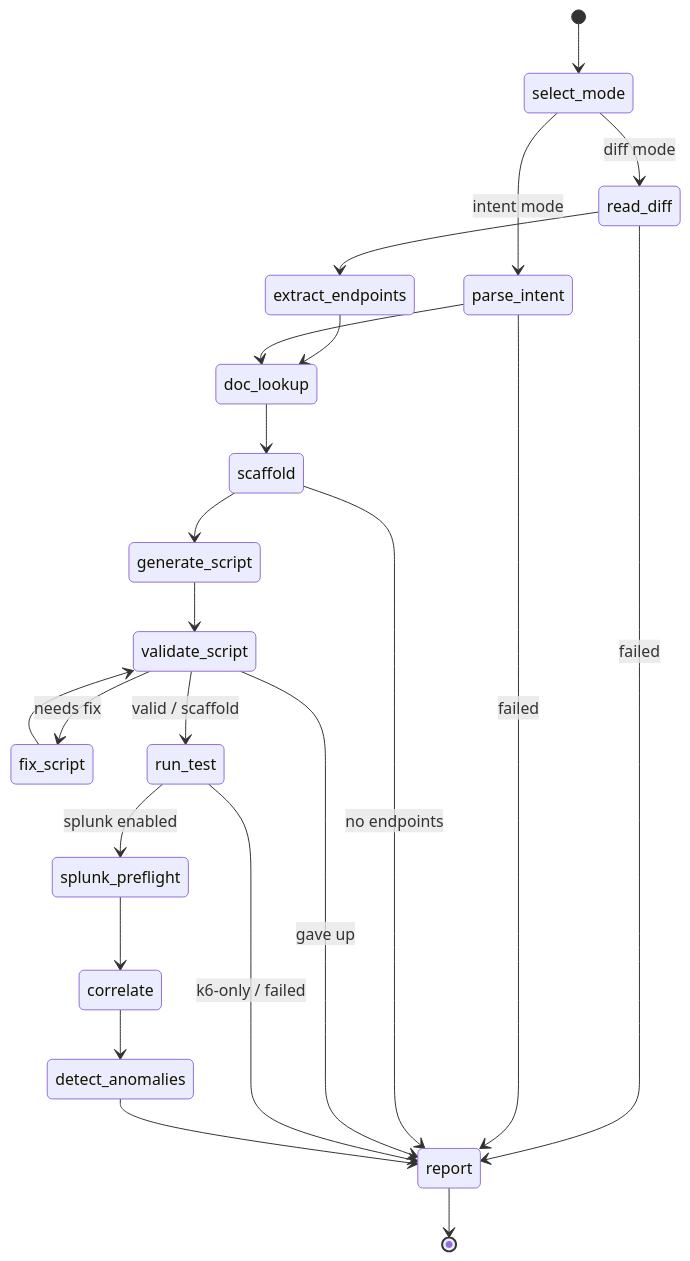
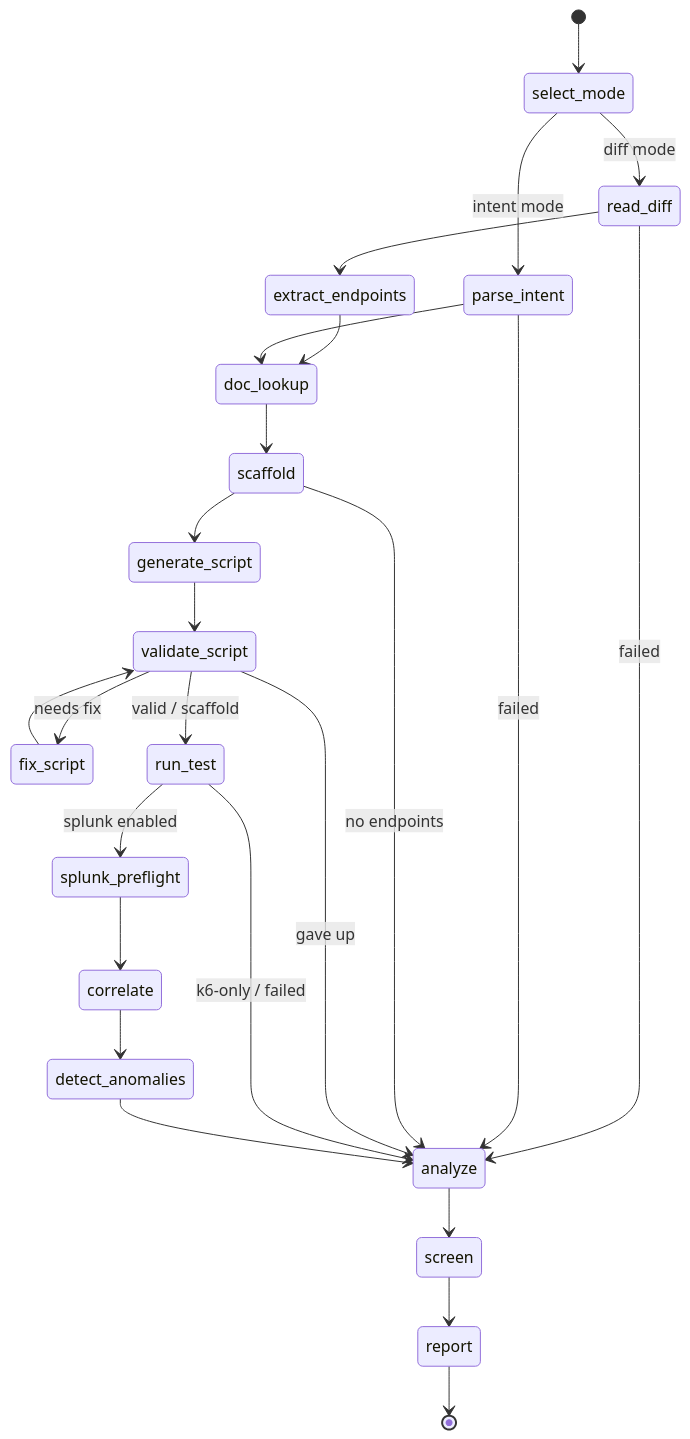
Before and after one commit to msradam/kassi: the diagram in README.md, drawn with Mermaid. The commit also changed other lines of this file and 4 other files, not shown here.

First line of the commit message:
docs: propagate analyze/screen phases, agent observability, and the new slogan

````diff
--- a/README.md
+++ b/README.md
@@ -152,25 +152,27 @@
 ```mermaid
 stateDiagram-v2
     [*] --> select_mode
     select_mode --> read_diff: diff mode
     select_mode --> parse_intent: intent mode
     read_diff --> extract_endpoints
-    read_diff --> report: failed
+    read_diff --> analyze: failed
     extract_endpoints --> doc_lookup
     parse_intent --> doc_lookup
-    parse_intent --> report: failed
+    parse_intent --> analyze: failed
     doc_lookup --> scaffold
     scaffold --> generate_script
-    scaffold --> report: no endpoints
+    scaffold --> analyze: no endpoints
     generate_script --> validate_script
     validate_script --> fix_script: needs fix
     fix_script --> validate_script
     validate_script --> run_test: valid / scaffold
-    validate_script --> report: gave up
+    validate_script --> analyze: gave up
     run_test --> splunk_preflight: splunk enabled
-    run_test --> report: k6-only / failed
+    run_test --> analyze: k6-only / failed
     splunk_preflight --> correlate
     correlate --> detect_anomalies
-    detect_anomalies --> report
+    detect_anomalies --> analyze
+    analyze --> screen
+    screen --> report
     report --> [*]
 ```
````
